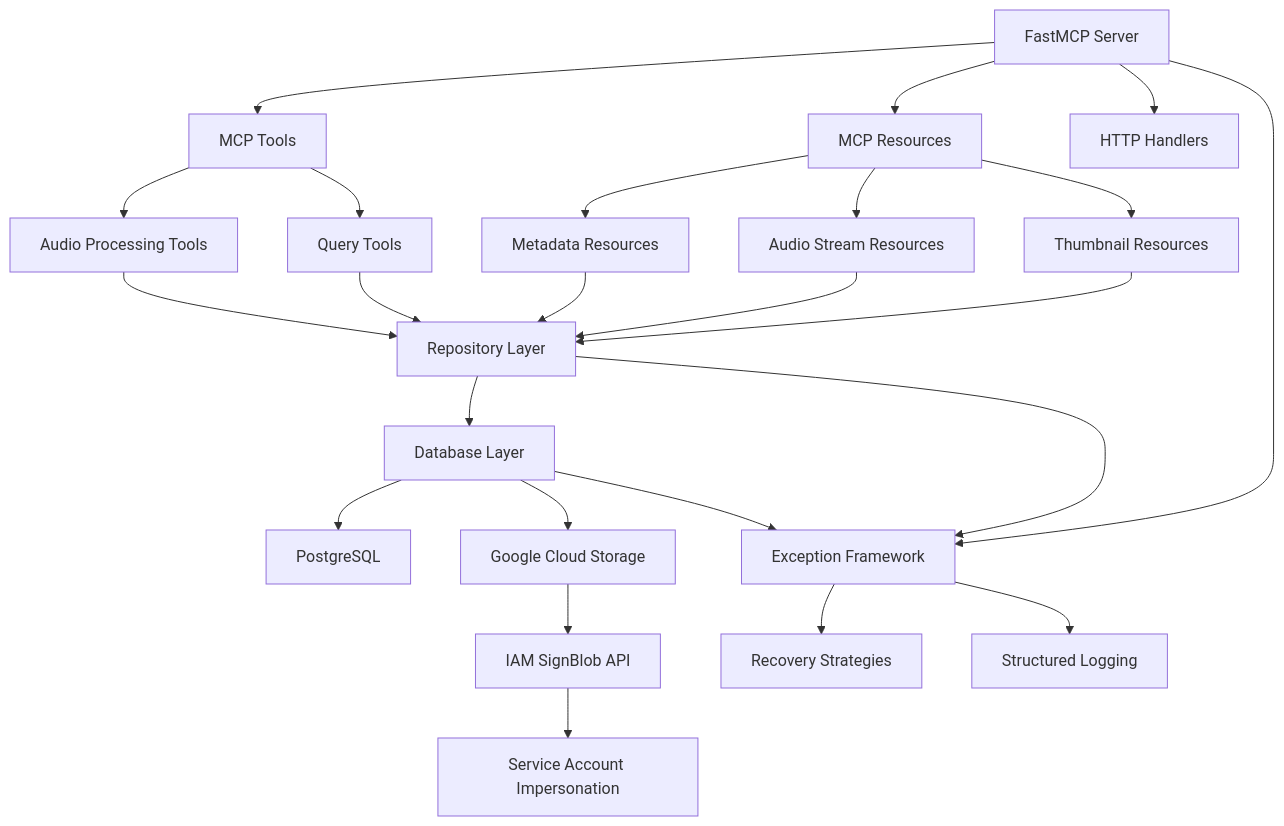
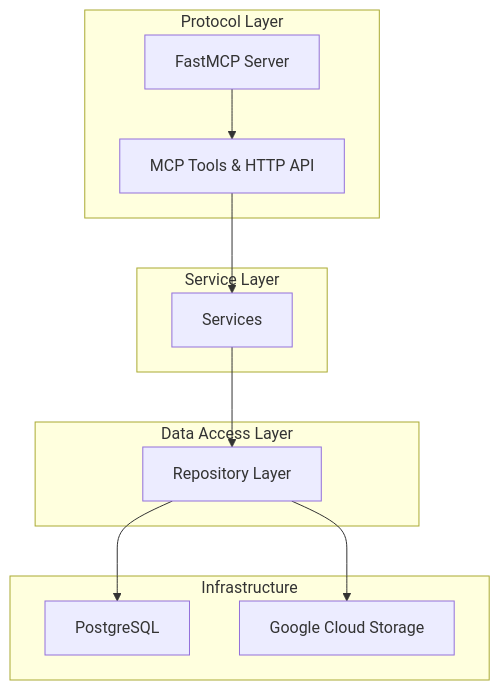
One commit to DelicateAlchemy/loist-mcp-server changed the first of 5 diagrams in docs/architecture-overview.md. Above: the diagram before and after it, drawn with Mermaid. The commit also changed other lines of this file and 1 other file, not shown here.

Commit message:
docs: Update architecture to reflect new service layer
- Updates the architecture overview diagram and documentation to include the newly implemented service layer.
- Removes the service layer from the 'Planned Improvements' section.
- Adds a summary of the completed refactoring work in 'docs/api-refactor-summary.md'.

````diff
--- a/docs/architecture-overview.md
+++ b/docs/architecture-overview.md
@@ -9,32 +9,26 @@
 ```mermaid
 graph TB
-    A[FastMCP Server] --> B[MCP Tools]
-    A --> C[MCP Resources]
-    A --> D[HTTP Handlers]
+    subgraph "Protocol Layer"
+        A[FastMCP Server]
+        B[MCP Tools & HTTP API]
+    end
 
-    B --> E[Audio Processing Tools]
-    B --> F[Query Tools]
+    subgraph "Service Layer"
+        S[Services]
+    end
+    
+    subgraph "Data Access Layer"
+        J[Repository Layer]
+    end
+    
+    subgraph "Infrastructure"
+        L[PostgreSQL]
+        M[Google Cloud Storage]
+    end
 
-    C --> G[Metadata Resources]
-    C --> H[Audio Stream Resources]
-    C --> I[Thumbnail Resources]
-
-    E --> J[Repository Layer]
-    F --> J
-    G --> J
-    H --> J
-    I --> J
-
-    J --> K[Database Layer]
-    K --> L[PostgreSQL]
-    K --> M[Google Cloud Storage]
-    M --> Q[IAM SignBlob API]
-    Q --> R[Service Account Impersonation]
-
-    A --> N[Exception Framework]
-    J --> N
-    K --> N
-
-    N --> O[Recovery Strategies]
-    N --> P[Structured Logging]
+    A --> B
+    B --> S
+    S --> J
+    J --> L
+    J --> M
 ```
````
